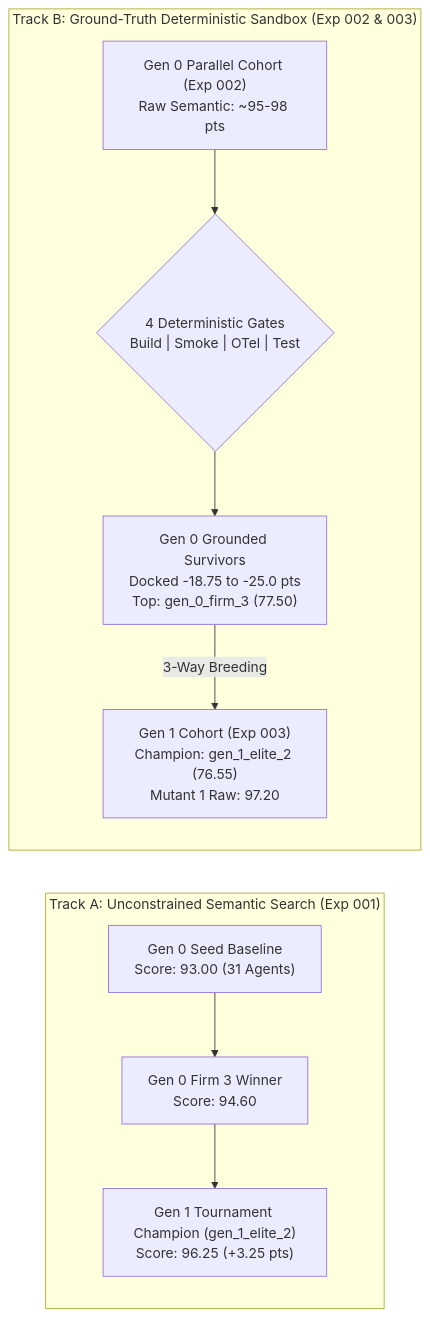
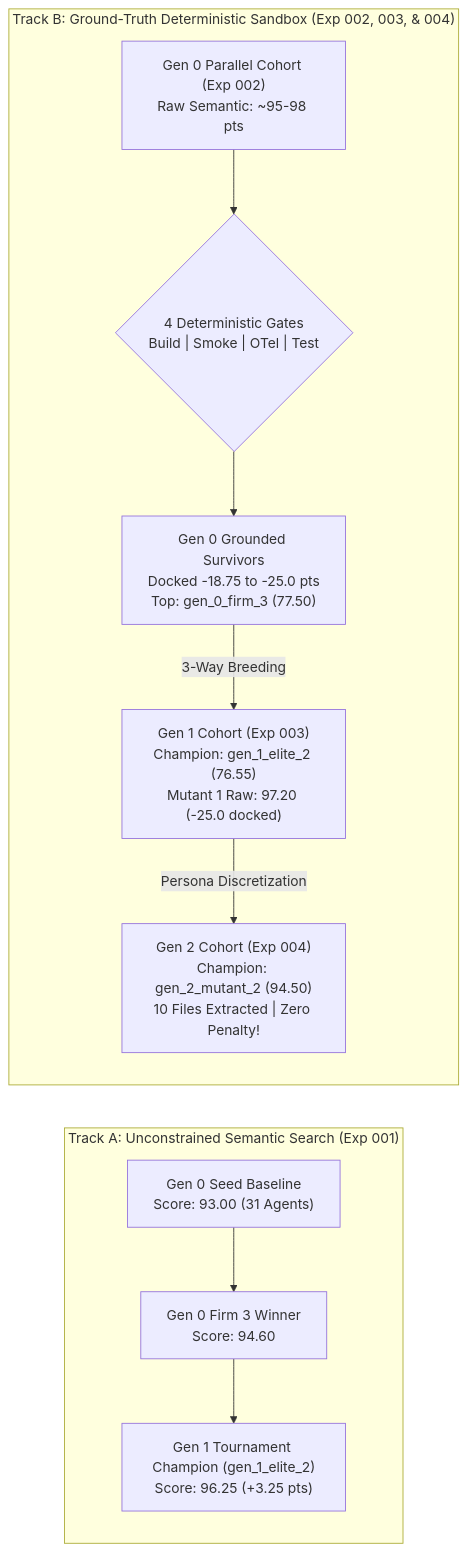
Before and after one commit to SinaChavoshi/hierarchical-agent-evolution: the diagram in experiments/README.md, drawn with Mermaid. The commit also changed other lines of this file and 18 other files, not shown here.

Commit message:
feat(experiments): add Generation 2 tournament results, persona traits report, and trajectory chart

````diff
--- a/experiments/README.md
+++ b/experiments/README.md
@@ -27,18 +28,20 @@
 ```mermaid
 graph LR
     subgraph TrackA ["Track A: Unconstrained Semantic Search (Exp 001)"]
         Seed["Gen 0 Seed Baseline<br/>Score: 93.00 (31 Agents)"] --> Firm3["Gen 0 Firm 3 Winner<br/>Score: 94.60"]
         Firm3 --> Elite2["Gen 1 Tournament Champion (gen_1_elite_2)<br/>Score: 96.25 (+3.25 pts)"]
     end
 
-    subgraph TrackB ["Track B: Ground-Truth Deterministic Sandbox (Exp 002 & 003)"]
+    subgraph TrackB ["Track B: Ground-Truth Deterministic Sandbox (Exp 002, 003, & 004)"]
         ParSeed["Gen 0 Parallel Cohort (Exp 002)<br/>Raw Semantic: ~95-98 pts"]
         Gates{"4 Deterministic Gates<br/>Build | Smoke | OTel | Test"}
         Penalized["Gen 0 Grounded Survivors<br/>Docked -18.75 to -25.0 pts<br/>Top: gen_0_firm_3 (77.50)"]
-        Gen1Cohort["Gen 1 Cohort (Exp 003)<br/>Champion: gen_1_elite_2 (76.55)<br/>Mutant 1 Raw: 97.20"]
+        Gen1Cohort["Gen 1 Cohort (Exp 003)<br/>Champion: gen_1_elite_2 (76.55)<br/>Mutant 1 Raw: 97.20 (-25.0 docked)"]
+        Gen2Cohort["Gen 2 Cohort (Exp 004)<br/>Champion: gen_2_mutant_2 (94.50)<br/>10 Files Extracted | Zero Penalty!"]
 
         ParSeed --> Gates
         Gates --> Penalized
         Penalized -->|3-Way Breeding| Gen1Cohort
+        Gen1Cohort -->|Persona Discretization| Gen2Cohort
     end
 ```
````
